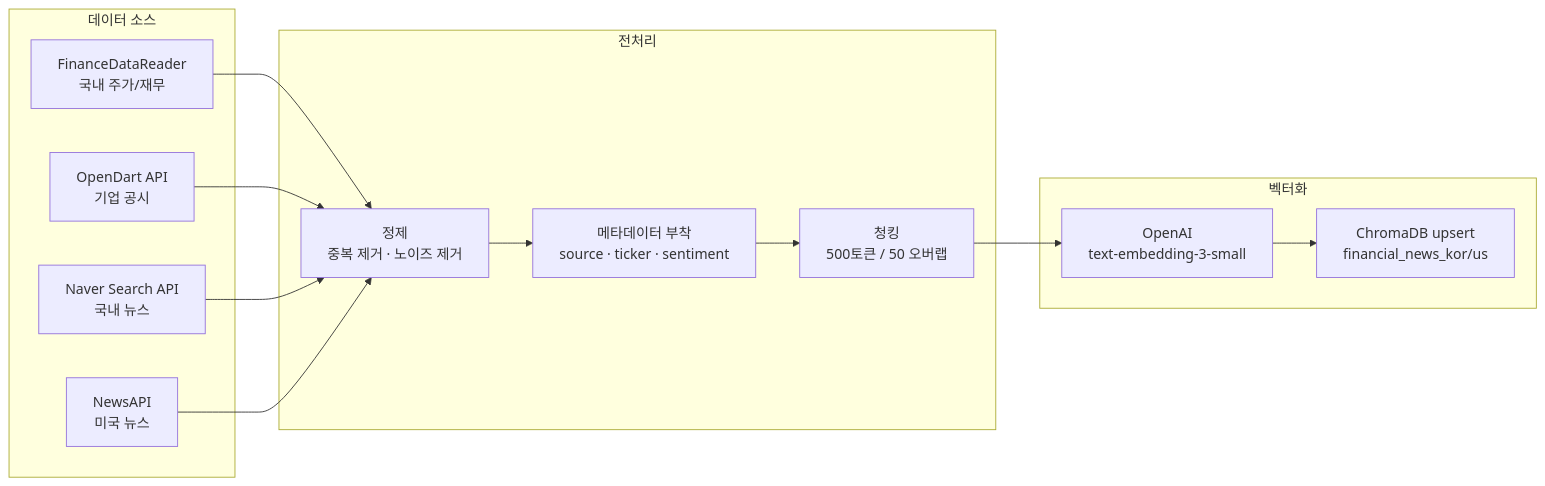
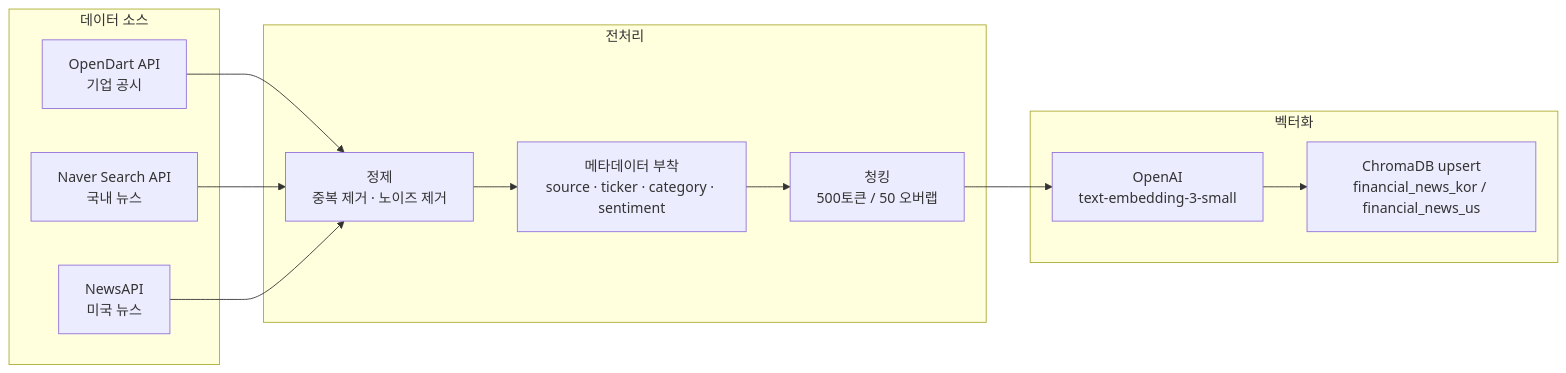
One commit to sammy0329/finsight-ai-agent changed the third of 4 diagrams in docs/TECH_STACK.md. Above: the diagram before and after it, drawn with Mermaid. The commit also changed other lines of this file and 3 other files, not shown here.

````diff
--- a/docs/TECH_STACK.md
+++ b/docs/TECH_STACK.md
@@ -96,23 +117,22 @@
 ```mermaid
 flowchart LR
     subgraph Sources["데이터 소스"]
-        FDR["FinanceDataReader\n국내 주가/재무"]
         DART["OpenDart API\n기업 공시"]
         Naver["Naver Search API\n국내 뉴스"]
         NewsAPI["NewsAPI\n미국 뉴스"]
     end
 
     subgraph Process["전처리"]
         Clean["정제\n중복 제거 · 노이즈 제거"]
-        Meta["메타데이터 부착\nsource · ticker · sentiment"]
+        Meta["메타데이터 부착\nsource · ticker · category · sentiment"]
         Split["청킹\n500토큰 / 50 오버랩"]
     end
 
     subgraph Vectorize["벡터화"]
         EmbedAPI["OpenAI\ntext-embedding-3-small"]
-        Upsert["ChromaDB upsert\nfinancial_news_kor/us"]
+        Upsert["ChromaDB upsert\nfinancial_news_kor / financial_news_us"]
     end
 
-    FDR & DART & Naver & NewsAPI --> Clean
+    DART & Naver & NewsAPI --> Clean
     Clean --> Meta --> Split --> EmbedAPI --> Upsert
 ```
````
